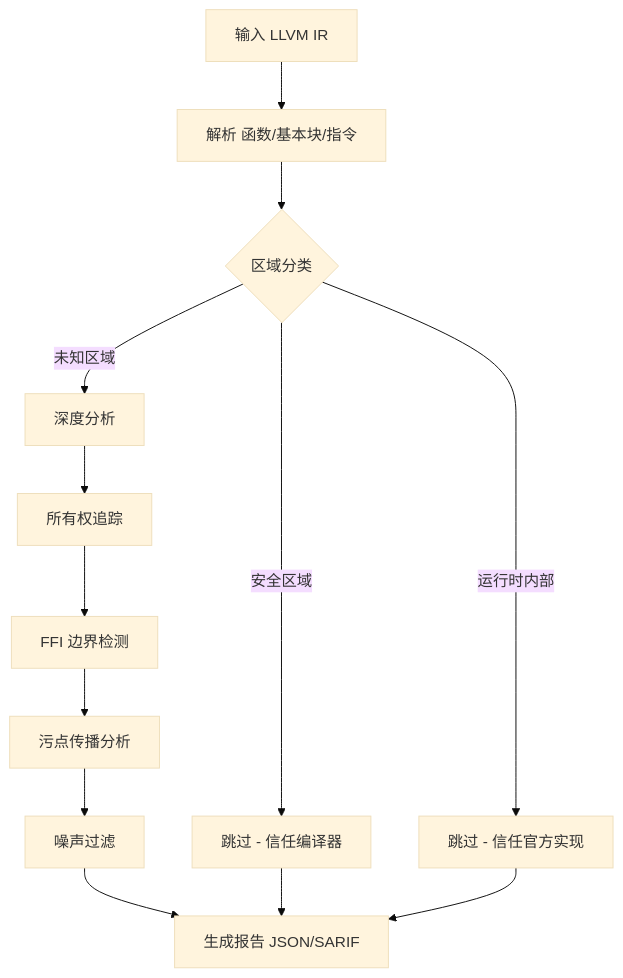
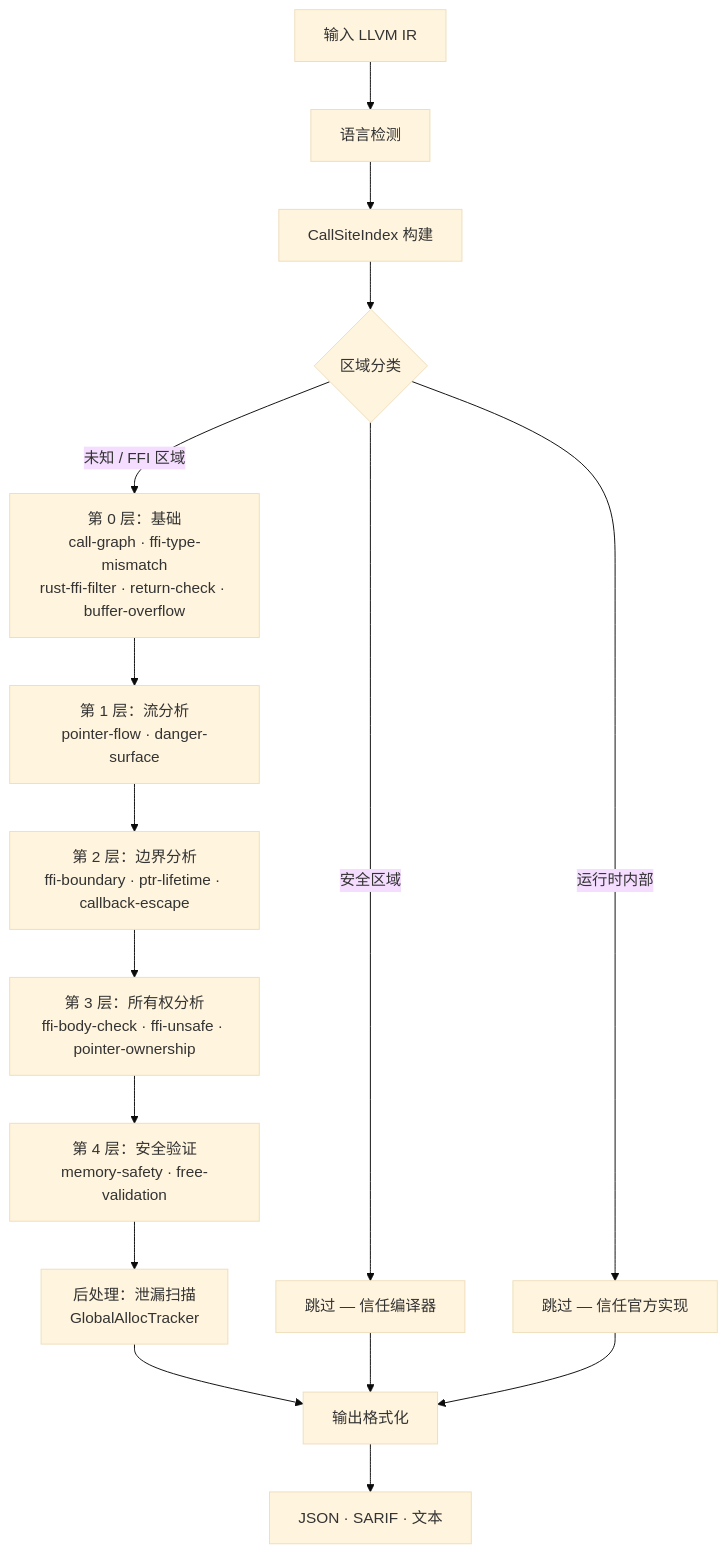
The third of 3 diagrams in README_zh.md (Timwood0x10/OmniScope), drawn with Mermaid (base theme) before and after one commit. The commit also changed other lines of this file and 30 other files, not shown here.

````diff
--- a/README_zh.md
+++ b/README_zh.md
@@ -146,18 +147,21 @@
 ```mermaid
 flowchart TD
-    Start[输入 LLVM IR] --> Parse[解析 函数/基本块/指令]
-    Parse --> Zone{区域分类}
+    Start[输入 LLVM IR] --> LangDetect[语言检测]
+    LangDetect --> CSI[CallSiteIndex 构建]
+    CSI --> Zone{区域分类}
     
-    Zone -->|安全区域| Skip1[跳过 - 信任编译器]
-    Zone -->|运行时内部| Skip2[跳过 - 信任官方实现]
-    Zone -->|未知区域| Analyze[深度分析]
+    Zone -->|安全区域| Skip1[跳过 — 信任编译器]
+    Zone -->|运行时内部| Skip2[跳过 — 信任官方实现]
+    Zone -->|未知 / FFI 区域| L0[第 0 层：基础<br/>call-graph · ffi-type-mismatch<br/>rust-ffi-filter · return-check · buffer-overflow]
     
-    Analyze --> Own[所有权追踪]
-    Own --> FFI[FFI 边界检测]
-    FFI --> Taint[污点传播分析]
-    Taint --> Filter[噪声过滤]
-    Filter --> Report[生成报告 JSON/SARIF]
+    L0 --> L1[第 1 层：流分析<br/>pointer-flow · danger-surface]
+    L1 --> L2[第 2 层：边界分析<br/>ffi-boundary · ptr-lifetime · callback-escape]
+    L2 --> L3[第 3 层：所有权分析<br/>ffi-body-check · ffi-unsafe · pointer-ownership]
+    L3 --> L4[第 4 层：安全验证<br/>memory-safety · free-validation]
+    L4 --> Post[后处理：泄漏扫描<br/>GlobalAllocTracker]
+    Post --> Formatter[输出格式化]
     
-    Skip1 --> Report
-    Skip2 --> Report
+    Skip1 --> Formatter
+    Skip2 --> Formatter
+    Formatter --> Output[JSON · SARIF · 文本]
 ```
````
